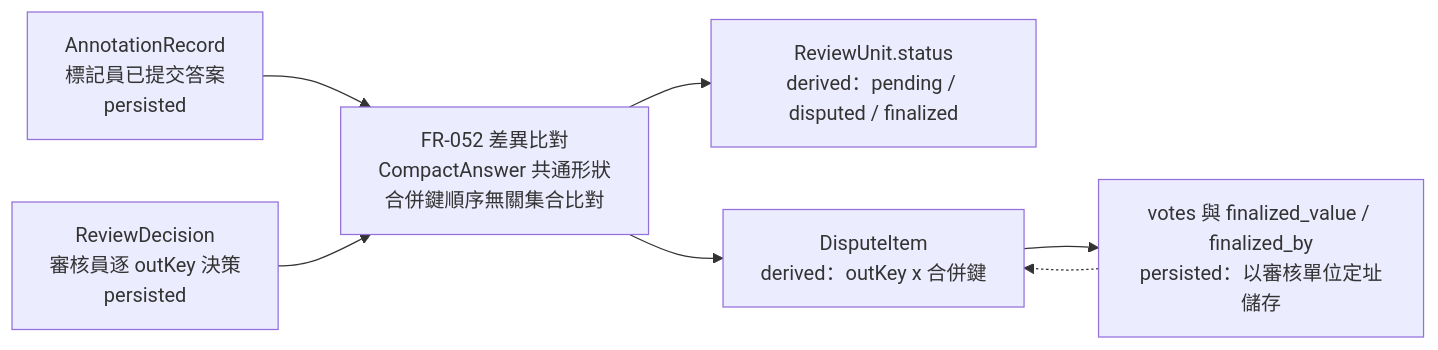
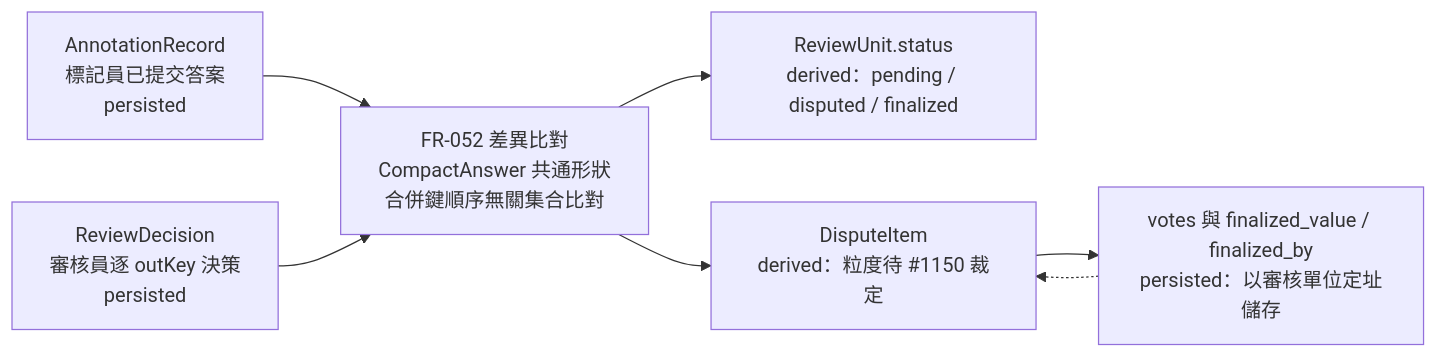
The sixth of 6 diagrams in docs/diagrams/architecture/core-data-model-er.md (singyichen/label-suite), drawn with Mermaid before and after one commit. The commit also changed other lines of this file and 6 other files, not shown here.

First line of the commit message:
docs(diagrams): sync review docs with three-state single-person relay model

````diff
--- a/docs/diagrams/architecture/core-data-model-er.md
+++ b/docs/diagrams/architecture/core-data-model-er.md
@@ -439,16 +436,16 @@
 ```mermaid
 flowchart LR
     AR["AnnotationRecord<br/>標記員已提交答案<br/>persisted"]
     RD["ReviewDecision<br/>審核員逐 outKey 決策<br/>persisted"]
     DIFF["FR-052 差異比對<br/>CompactAnswer 共通形狀<br/>合併鍵順序無關集合比對"]
     RU["ReviewUnit.status<br/>derived：pending / disputed / finalized"]
-    DI["DisputeItem<br/>derived：outKey x 合併鍵"]
+    DI["DisputeItem<br/>derived：粒度待 #1150 裁定"]
     W["votes 與 finalized_value / finalized_by<br/>persisted：以審核單位定址儲存"]
 
     AR --> DIFF
     RD --> DIFF
     DIFF --> RU
     DIFF --> DI
     DI --> W
     W -.-> DI
 ```
````
